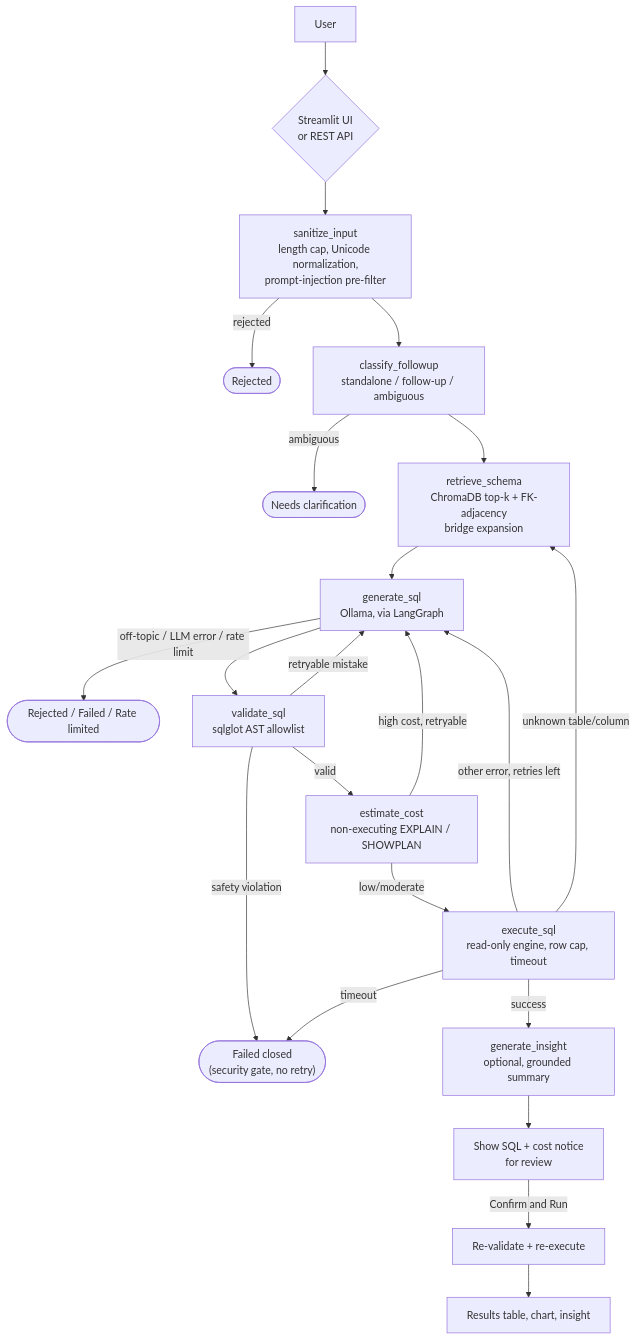
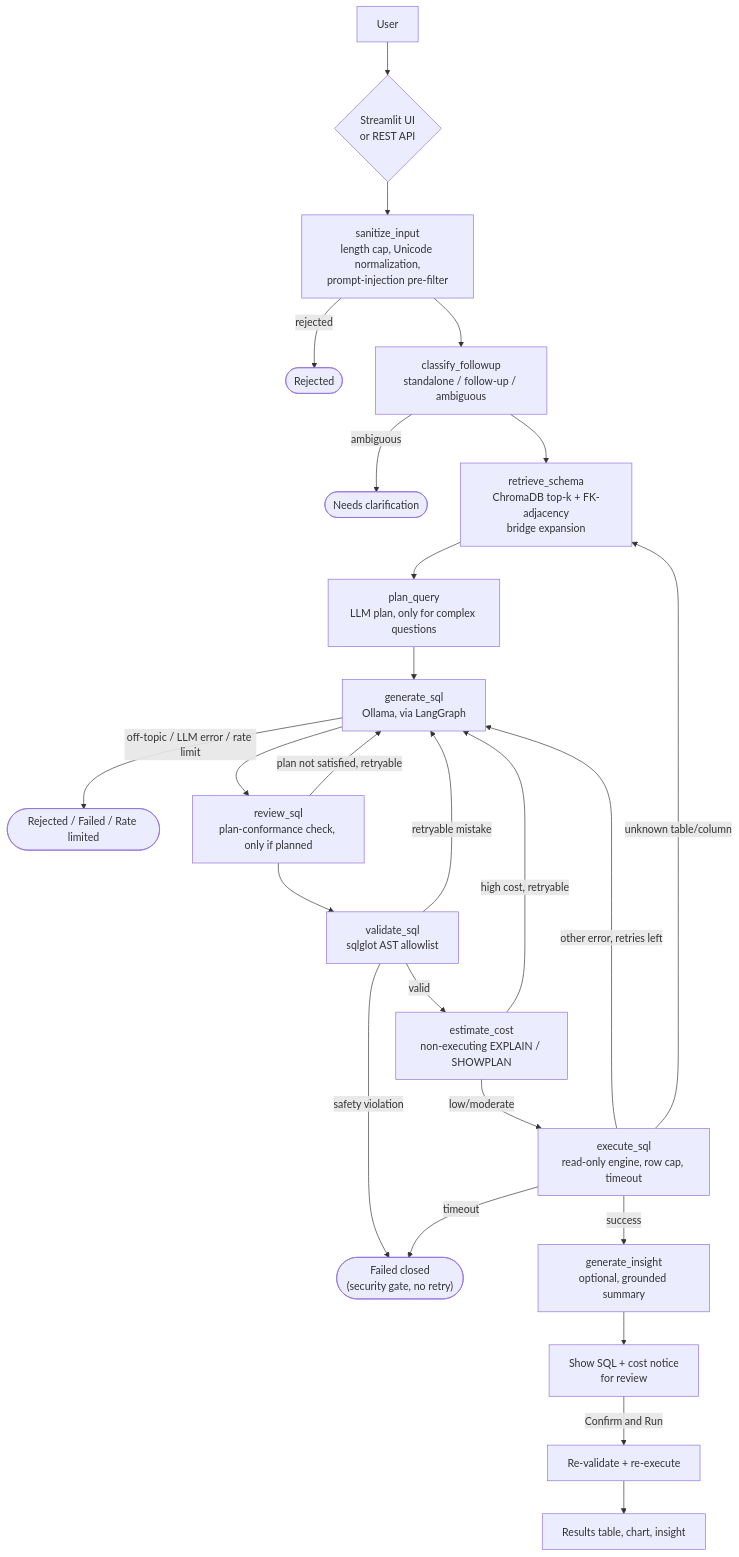
The diagram in README.md (surajkumarnavodya/text-to-sql-agent-langgraph), drawn with Mermaid before and after one commit. The commit also changed other lines of this file and 13 other files, not shown here.

````diff
--- a/README.md
+++ b/README.md
@@ -25,24 +25,27 @@
 ```mermaid
 flowchart TD
     U[User] --> ENTRY{"Streamlit UI<br/>or REST API"}
     ENTRY --> SI["sanitize_input<br/>length cap, Unicode normalization,<br/>prompt-injection pre-filter"]
     SI -->|rejected| STOP1(["Rejected"])
     SI --> CF["classify_followup<br/>standalone / follow-up / ambiguous"]
     CF -->|ambiguous| STOP2(["Needs clarification"])
     CF --> RS["retrieve_schema<br/>ChromaDB top-k + FK-adjacency<br/>bridge expansion"]
-    RS --> GS["generate_sql<br/>Ollama, via LangGraph"]
+    RS --> PQ["plan_query<br/>LLM plan, only for complex questions"]
+    PQ --> GS["generate_sql<br/>Ollama, via LangGraph"]
     GS -->|off-topic / LLM error / rate limit| STOP3(["Rejected / Failed / Rate limited"])
-    GS --> VS["validate_sql<br/>sqlglot AST allowlist"]
+    GS --> RV["review_sql<br/>plan-conformance check, only if planned"]
+    RV -->|plan not satisfied, retryable| GS
+    RV --> VS["validate_sql<br/>sqlglot AST allowlist"]
     VS -->|retryable mistake| GS
     VS -->|safety violation| STOP4(["Failed closed<br/>(security gate, no retry)"])
     VS -->|valid| CE["estimate_cost<br/>non-executing EXPLAIN / SHOWPLAN"]
     CE -->|high cost, retryable| GS
     CE -->|low/moderate| ES["execute_sql<br/>read-only engine, row cap, timeout"]
     ES -->|unknown table/column| RS
     ES -->|other error, retries left| GS
     ES -->|timeout| STOP4
     ES -->|success| GI["generate_insight<br/>optional, grounded summary"]
     GI --> REVIEW["Show SQL + cost notice<br/>for review"]
     REVIEW -->|Confirm and Run| RUN[Re-validate + re-execute]
     RUN --> RESULTS[Results table, chart, insight]
 ```
````
